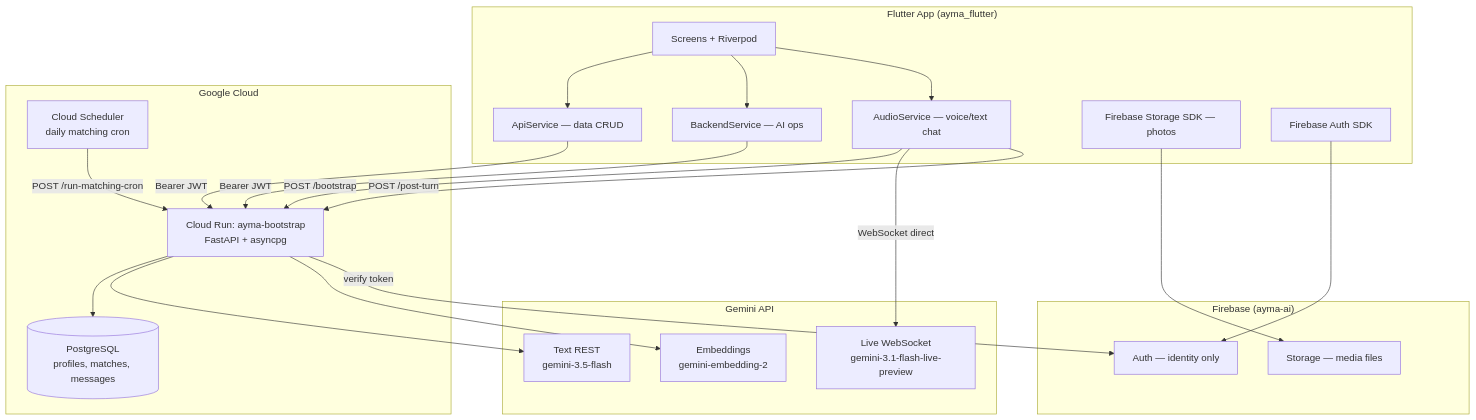
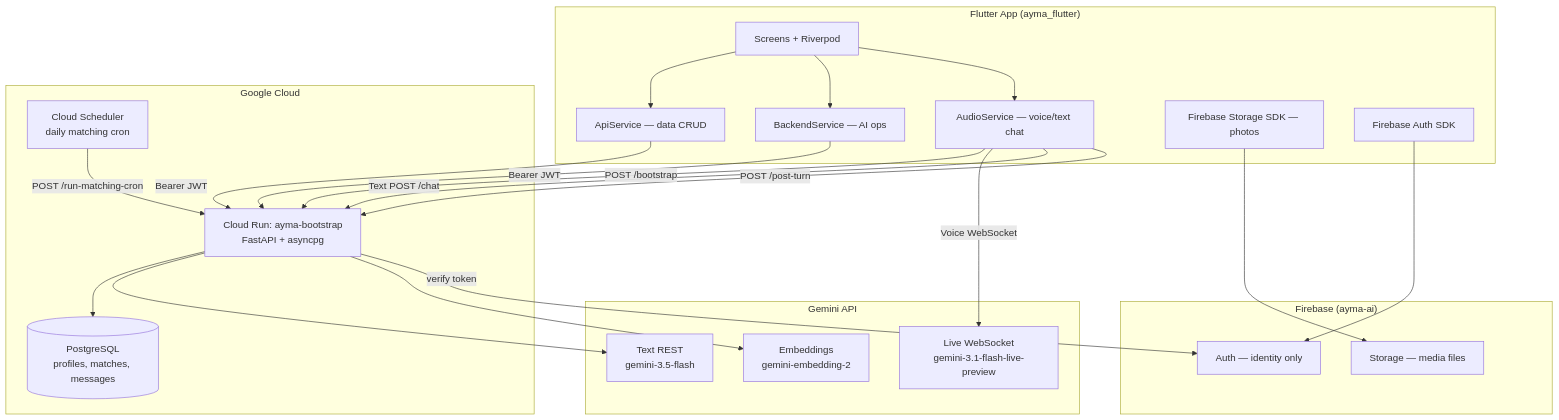
The diagram in docs/ARCHITECTURE.md (suhailps93/ayma), drawn with Mermaid before and after one commit. The commit also changed other lines of this file and 41 other files, not shown here.

Commit message:
chat and summary working. not audio

````diff
--- a/docs/ARCHITECTURE.md
+++ b/docs/ARCHITECTURE.md
@@ -19,41 +19,42 @@
 ```mermaid
 flowchart TB
   subgraph Client["Flutter App (ayma_flutter)"]
     UI[Screens + Riverpod]
     ApiSvc[ApiService — data CRUD]
     BackendSvc[BackendService — AI ops]
     AudioSvc[AudioService — voice/text chat]
     Storage[Firebase Storage SDK — photos]
     Auth[Firebase Auth SDK]
   end
 
   subgraph GCP["Google Cloud"]
     CR[Cloud Run: ayma-bootstrap<br/>FastAPI + asyncpg]
     PG[(PostgreSQL<br/>profiles, matches, messages)]
     Scheduler[Cloud Scheduler<br/>daily matching cron]
   end
 
   subgraph Firebase["Firebase (ayma-ai)"]
     FAuth[Auth — identity only]
     FStore[Storage — media files]
   end
 
   subgraph Gemini["Gemini API"]
     Live[Live WebSocket<br/>gemini-3.1-flash-live-preview]
     Text[Text REST<br/>gemini-3.5-flash]
     Embed[Embeddings<br/>gemini-embedding-2]
   end
 
   UI --> ApiSvc & BackendSvc & AudioSvc
   Auth --> FAuth
   Storage --> FStore
   ApiSvc -->|Bearer JWT| CR
   BackendSvc -->|Bearer JWT| CR
   AudioSvc -->|POST /bootstrap| CR
-  AudioSvc -->|WebSocket direct| Live
+  AudioSvc -->|Voice WebSocket| Live
+  AudioSvc -->|Text POST /chat| CR
   AudioSvc -->|POST /post-turn| CR
   CR --> PG
   CR --> Text & Embed
   Scheduler -->|POST /run-matching-cron| CR
   CR -->|verify token| FAuth
 ```
````
